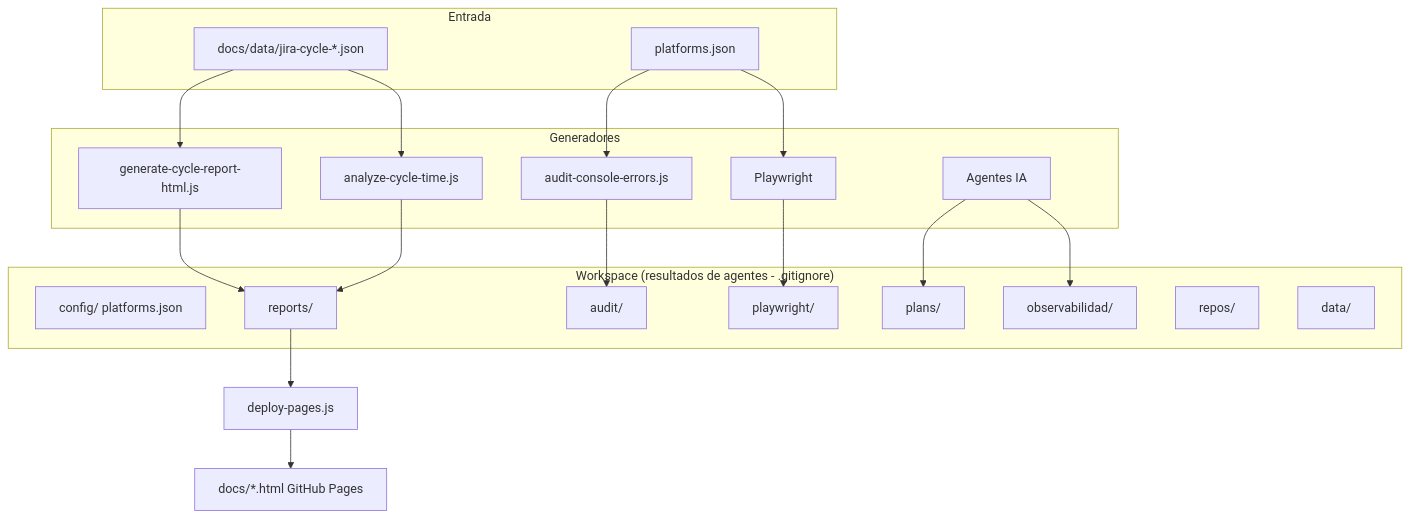
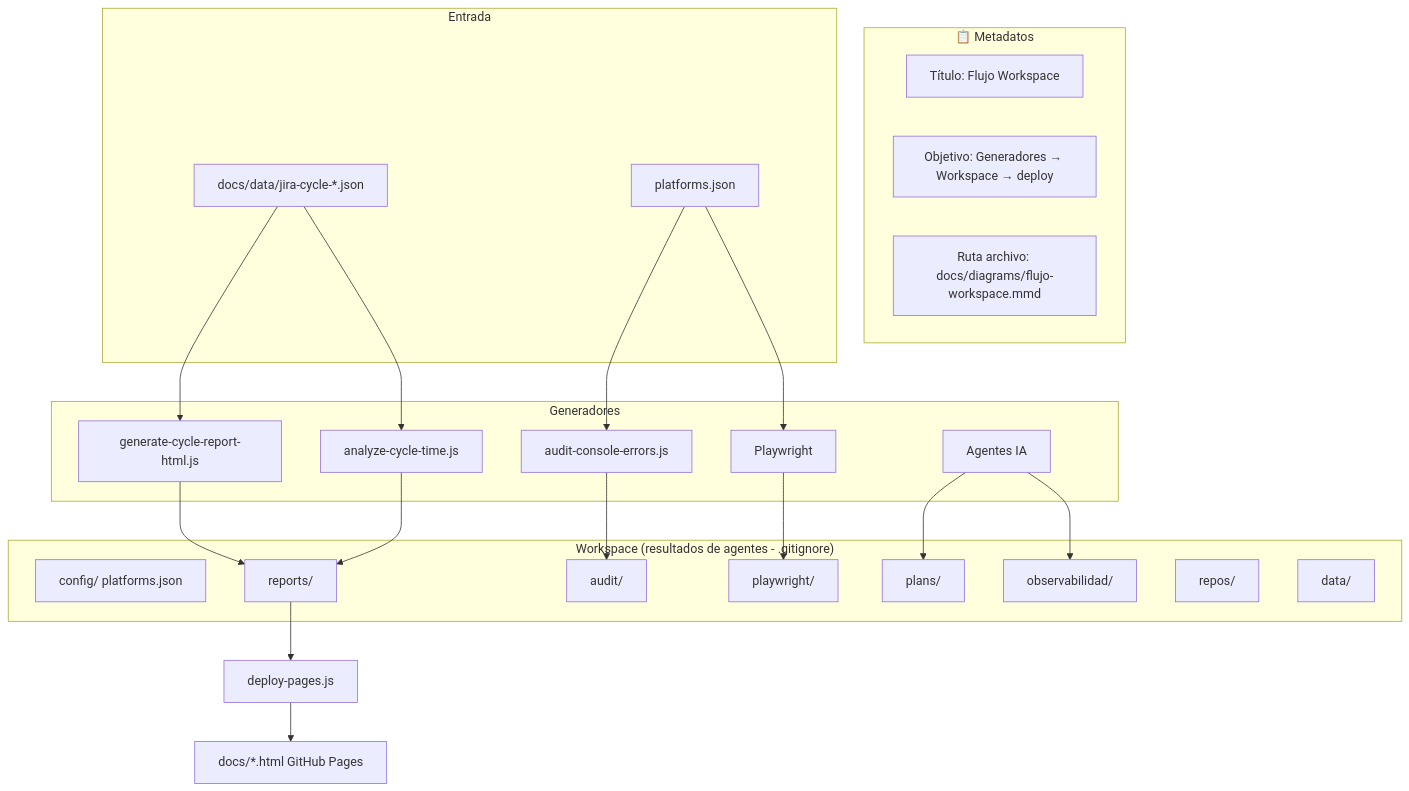
One commit to CARLOSPATINOVELEZ19/prueba-agente-po changed the diagram in docs/diagrams/flujo-workspace.mmd. Above: the diagram before and after it, drawn with Mermaid. The commit also changed 11 other files, not shown here.

First line of the commit message:
docs(diagrams): añadir metadatos Título, Objetivo y Ruta archivo a todos los diagramas

```diff
--- a/docs/diagrams/flujo-workspace.mmd
+++ b/docs/diagrams/flujo-workspace.mmd
@@ -1,39 +1,45 @@
 flowchart TB
+    subgraph metadata ["📋 Metadatos"]
+        M1["Título: Flujo Workspace"]
+        M2["Objetivo: Generadores → Workspace → deploy"]
+        M3["Ruta archivo: docs/diagrams/flujo-workspace.mmd"]
+    end
+
     subgraph workspace ["Workspace (resultados de agentes - .gitignore)"]
         config[config/ platforms.json]
         reports[reports/]
         audit[audit/]
         playwright[playwright/]
         plans[plans/]
         observabilidad[observabilidad/]
         repos[repos/]
         data[data/]
     end
 
     subgraph generators ["Generadores"]
         G1[generate-cycle-report-html.js]
         G2[analyze-cycle-time.js]
         G3[audit-console-errors.js]
         G4[Playwright]
         G5[Agentes IA]
     end
 
     subgraph input ["Entrada"]
         I1[docs/data/jira-cycle-*.json]
         I2[platforms.json]
     end
 
     I1 --> G1
     I1 --> G2
     I2 --> G3
     I2 --> G4
 
     G1 --> reports
     G2 --> reports
     G3 --> audit
     G4 --> playwright
     G5 --> plans
     G5 --> observabilidad
 
     reports --> deploy[deploy-pages.js]
     deploy --> docs[docs/*.html GitHub Pages]
```
